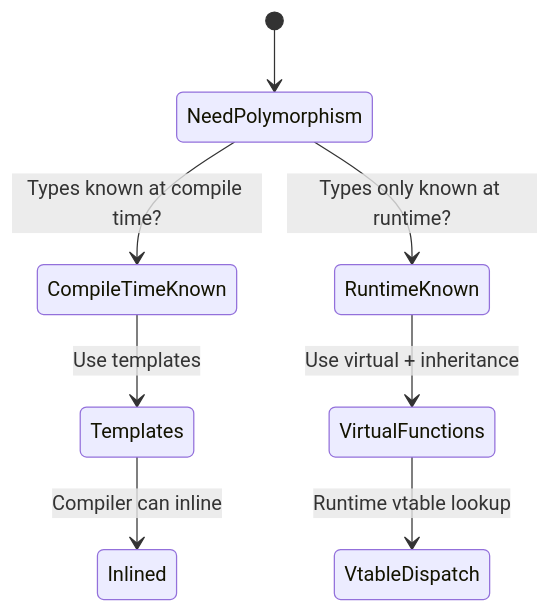
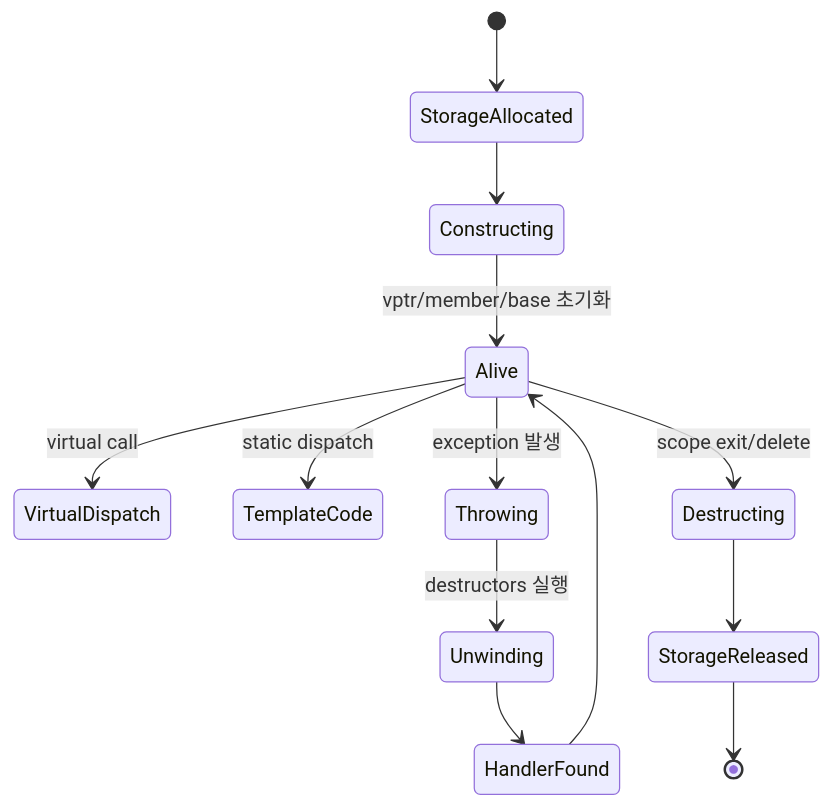
The second of 2 diagrams in content/docs/books/systems/cpp-internals.md (choisimo/document), drawn with Mermaid before and after one commit. The commit also changed other lines of this file and 432 other files, not shown here.

````diff
--- a/content/docs/books/systems/cpp-internals.md
+++ b/content/docs/books/systems/cpp-internals.md
@@ -200,10 +71,15 @@
 ```mermaid
 stateDiagram-v2
-    [*] --> NeedPolymorphism
-    NeedPolymorphism --> CompileTimeKnown: Types known at compile time?
-    NeedPolymorphism --> RuntimeKnown: Types only known at runtime?
-    CompileTimeKnown --> Templates: Use templates
-    RuntimeKnown --> VirtualFunctions: Use virtual + inheritance
-    Templates --> Inlined: Compiler can inline
-    VirtualFunctions --> VtableDispatch: Runtime vtable lookup
+    [*] --> StorageAllocated
+    StorageAllocated --> Constructing
+    Constructing --> Alive: vptr/member/base 초기화
+    Alive --> VirtualDispatch: virtual call
+    Alive --> TemplateCode: static dispatch
+    Alive --> Throwing: exception 발생
+    Throwing --> Unwinding: destructors 실행
+    Alive --> Destructing: scope exit/delete
+    Unwinding --> HandlerFound
+    Destructing --> StorageReleased
+    HandlerFound --> Alive
+    StorageReleased --> [*]
 ```
````
